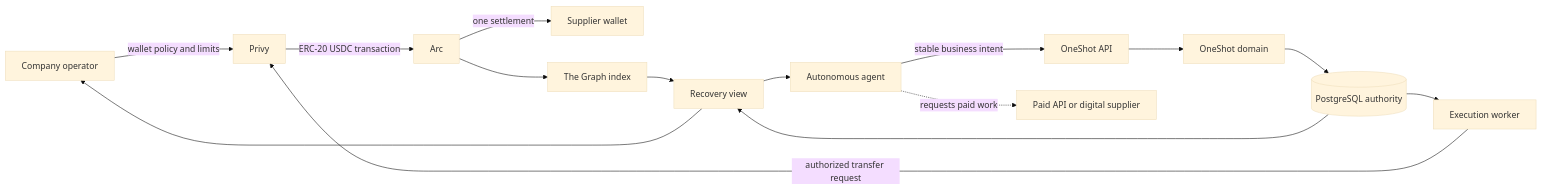
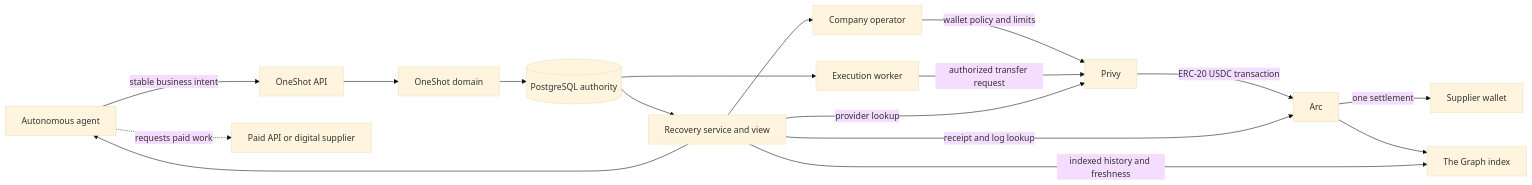
One commit to SWOFART/OneShot changed the first of 3 diagrams in plan.md. Above: the diagram before and after it, drawn with Mermaid (base theme). The commit also changed other lines of this file and 2 other files, not shown here.

Commit message:
docs(plan): fix recovery diagrams

````diff
--- a/plan.md
+++ b/plan.md
@@ -54,17 +54,19 @@
 ```mermaid
 flowchart LR
     Company[Company operator] -->|wallet policy and limits| Privy[Privy]
     Agent[Autonomous agent] -->|stable business intent| API[OneShot API]
     Agent -.->|requests paid work| SupplierAPI[Paid API or digital supplier]
     API --> Core[OneShot domain]
     Core --> DB[(PostgreSQL authority)]
     DB --> Worker[Execution worker]
     Worker -->|authorized transfer request| Privy
     Privy -->|ERC-20 USDC transaction| Arc[Arc]
     Arc -->|one settlement| SupplierWallet[Supplier wallet]
     Arc --> Graph[The Graph index]
-    Graph --> Recovery[Recovery view]
-    DB --> Recovery
+    DB --> Recovery[Recovery service and view]
+    Recovery -->|provider lookup| Privy
+    Recovery -->|receipt and log lookup| Arc
+    Recovery -->|indexed history and freshness| Graph
     Recovery --> Agent
     Recovery --> Company
 ```
````
